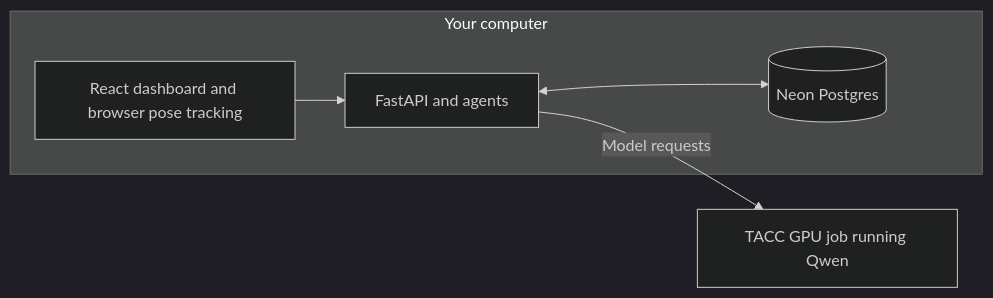
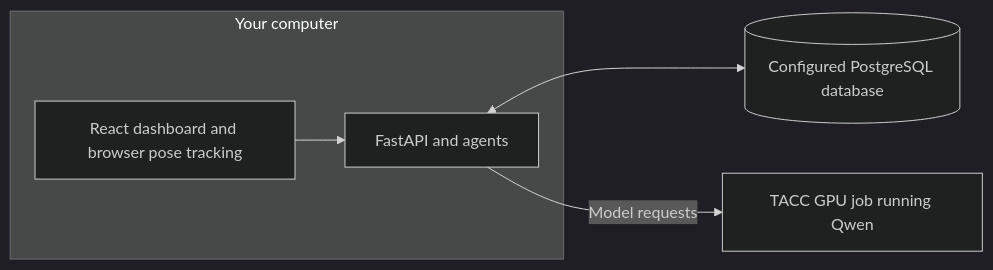
Before and after one commit to h4r1yzz/csit6000v-project: the diagram in backend/tacc/README.md, drawn with Mermaid (dark theme). The commit also changed other lines of this file and 6 other files, not shown here.

Commit message:
Document Neon, local PostgreSQL, and Docker setup

````diff
--- a/backend/tacc/README.md
+++ b/backend/tacc/README.md
@@ -5,8 +5,8 @@
 ```mermaid
 flowchart LR
     subgraph Local[Your computer]
         Browser[React dashboard and browser pose tracking] --> API[FastAPI and agents]
-        API <--> DB[(Neon Postgres)]
     end
+    API <--> DB[(Configured PostgreSQL database)]
     API -->|Model requests| Qwen[TACC GPU job running Qwen]
 ```
````
